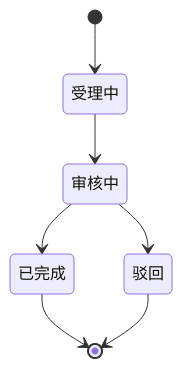
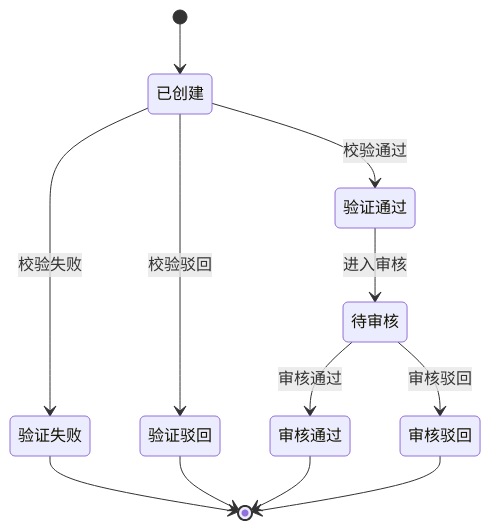
The sixth of 20 diagrams in docs/design/申诉详设.md (oleewen/ai-master), drawn with Mermaid before and after one commit. The commit also changed other lines of this file and 1 other file, not shown here.

````diff
--- a/docs/design/申诉详设.md
+++ b/docs/design/申诉详设.md
@@ -177,9 +325,14 @@
 ```mermaid
 stateDiagram-v2
-    [*] --> 受理中
-    受理中 --> 审核中
-    审核中 --> 已完成
-    审核中 --> 驳回
-    已完成 --> [*]
-    驳回 --> [*]
+    [*] --> 已创建
+    已创建 --> 验证通过 : 校验通过
+    已创建 --> 验证失败 : 校验失败
+    已创建 --> 验证驳回 : 校验驳回
+    验证通过 --> 待审核 : 进入审核
+    待审核 --> 审核通过 : 审核通过
+    待审核 --> 审核驳回 : 审核驳回
+    验证失败 --> [*]
+    验证驳回 --> [*]
+    审核通过 --> [*]
+    审核驳回 --> [*]
 ```
````
